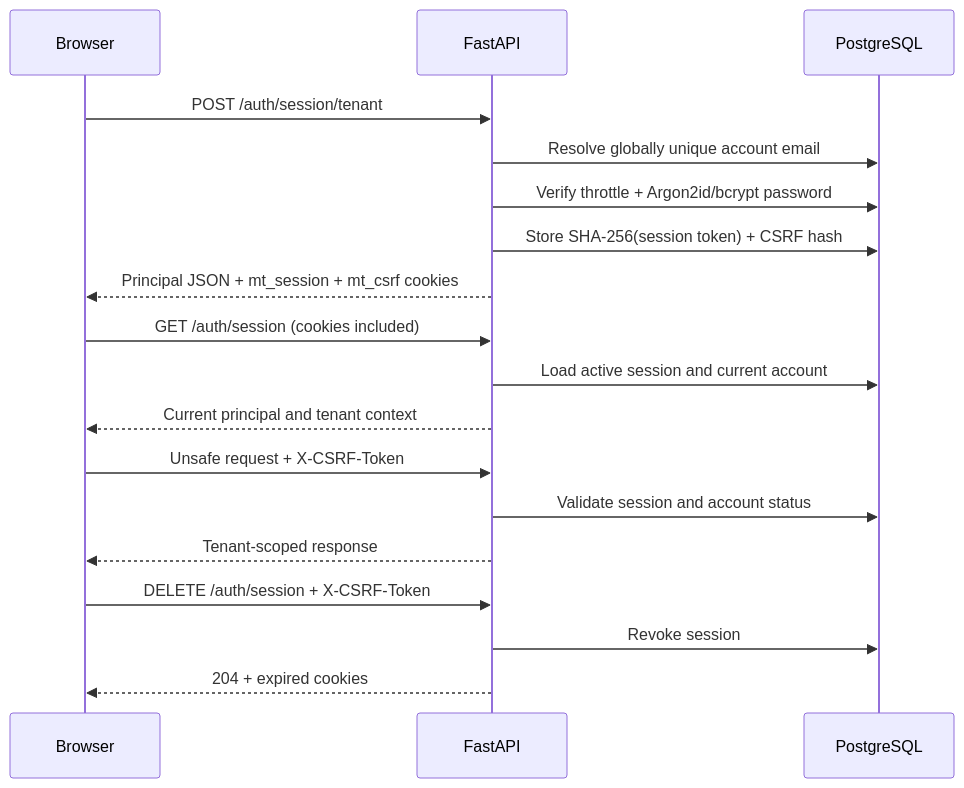
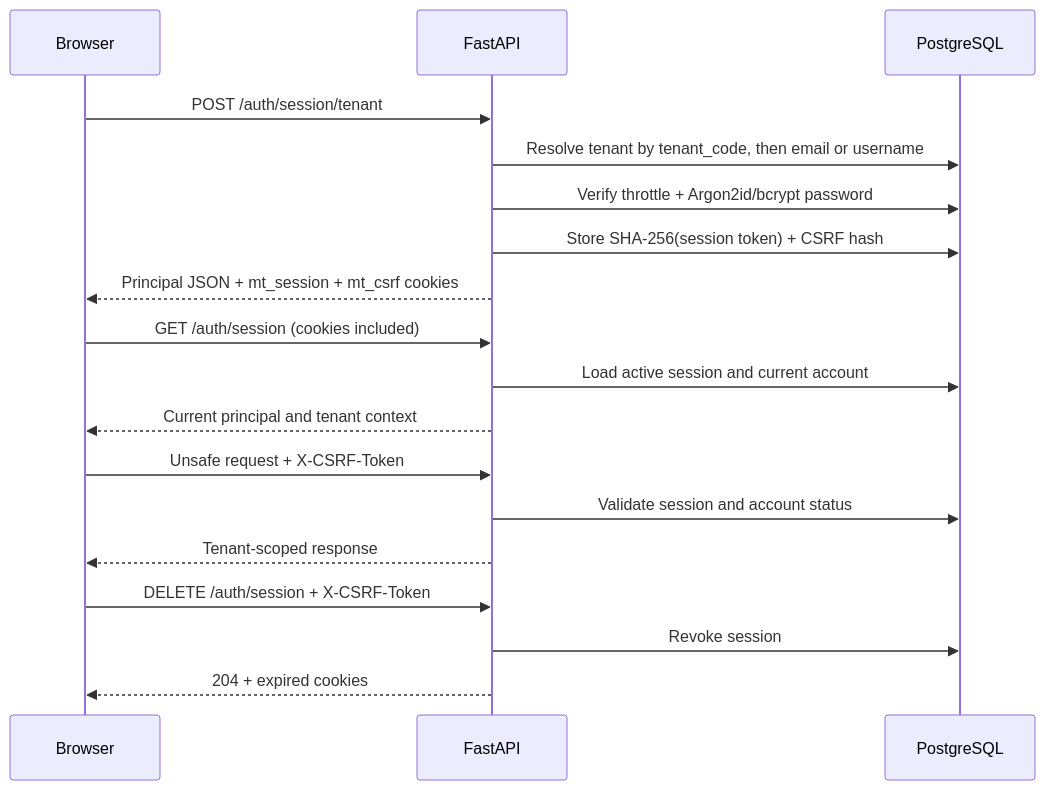
One commit to Ayushman3131-Vatsa/SS-MTS changed the diagram in docs/authentication.md. Above: the diagram before and after it, drawn with Mermaid. The commit also changed other lines of this file and 82 other files, not shown here.

````diff
--- a/docs/authentication.md
+++ b/docs/authentication.md
@@ -27,21 +28,21 @@
 ```mermaid
 sequenceDiagram
     participant Browser
     participant API as FastAPI
     participant DB as PostgreSQL
 
     Browser->>API: POST /auth/session/tenant
-    API->>DB: Resolve globally unique account email
+    API->>DB: Resolve tenant by tenant_code, then email or username
     API->>DB: Verify throttle + Argon2id/bcrypt password
     API->>DB: Store SHA-256(session token) + CSRF hash
     API-->>Browser: Principal JSON + mt_session + mt_csrf cookies
     Browser->>API: GET /auth/session (cookies included)
     API->>DB: Load active session and current account
     API-->>Browser: Current principal and tenant context
     Browser->>API: Unsafe request + X-CSRF-Token
     API->>DB: Validate session and account status
     API-->>Browser: Tenant-scoped response
     Browser->>API: DELETE /auth/session + X-CSRF-Token
     API->>DB: Revoke session
     API-->>Browser: 204 + expired cookies
 ```
````
